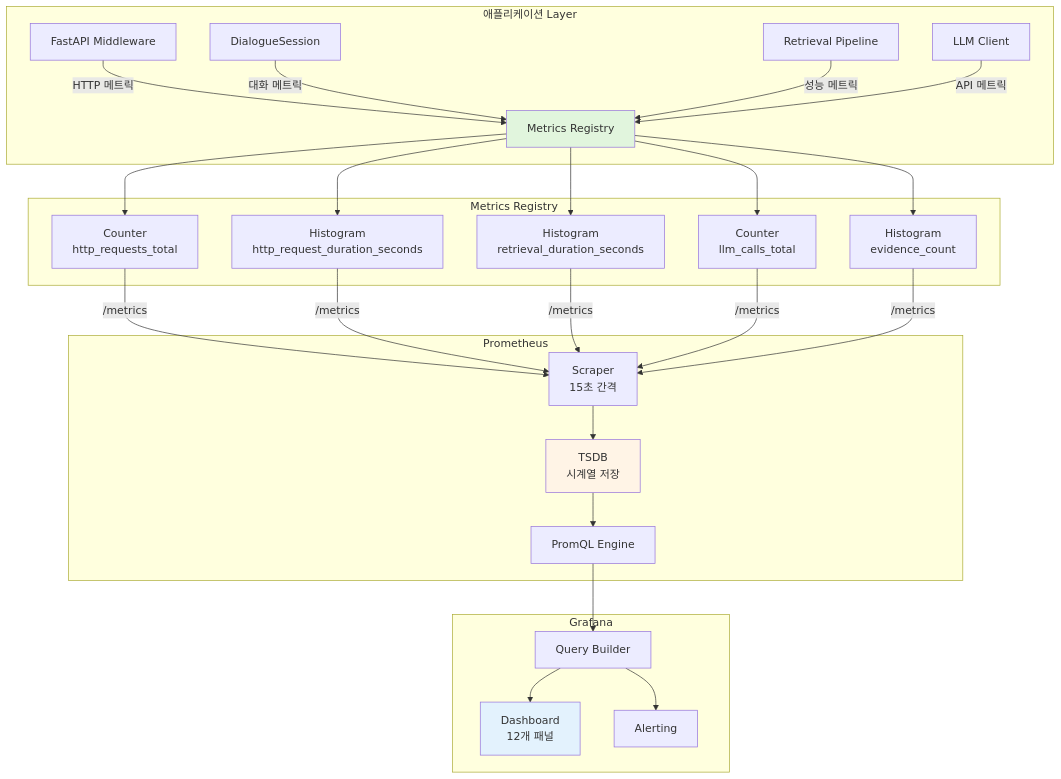
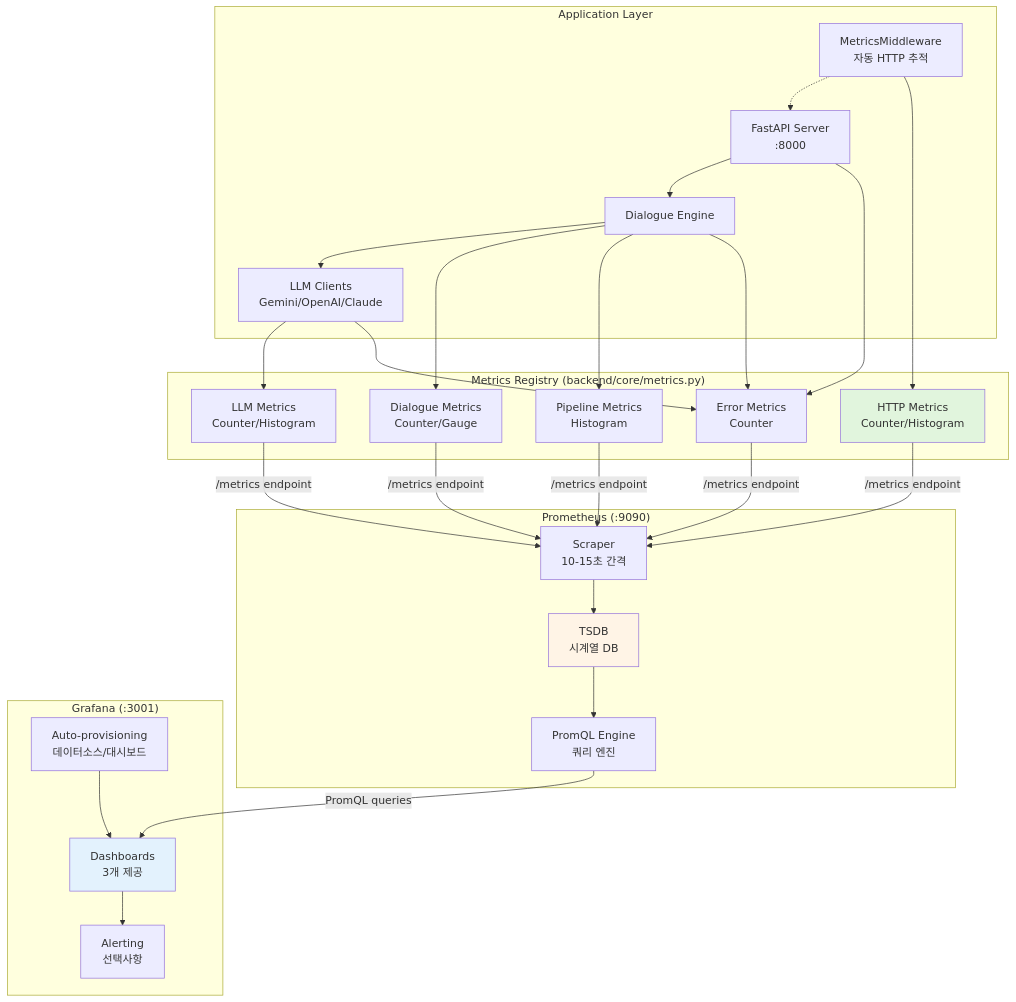
One commit to review-sensor-team/reviewlens changed diagram 11 of 14 in docs/architecture.md. Above: the diagram before and after it, drawn with Mermaid. The commit also changed other lines of this file and 2 other files, not shown here.

````diff
--- a/docs/architecture.md
+++ b/docs/architecture.md
@@ -597,40 +610,51 @@
 ```mermaid
 graph TB
-    subgraph "애플리케이션 Layer"
-        A1[FastAPI Middleware] -->|HTTP 메트릭| M1[Metrics Registry]
-        A2[DialogueSession] -->|대화 메트릭| M1
-        A3[Retrieval Pipeline] -->|성능 메트릭| M1
-        A4[LLM Client] -->|API 메트릭| M1
+    subgraph "Application Layer"
+        A1[FastAPI Server<br/>:8000]
+        A2[MetricsMiddleware<br/>자동 HTTP 추적]
+        A3[Dialogue Engine]
+        A4[LLM Clients<br/>Gemini/OpenAI/Claude]
+        
+        A2 -.-> A1
+        A1 --> A3
+        A3 --> A4
     end
     
-    subgraph "Metrics Registry"
-        M1 --> M2[Counter<br/>http_requests_total]
-        M1 --> M3[Histogram<br/>http_request_duration_seconds]
-        M1 --> M4[Histogram<br/>retrieval_duration_seconds]
-        M1 --> M5[Counter<br/>llm_calls_total]
-        M1 --> M6[Histogram<br/>evidence_count]
+    subgraph "Metrics Registry (backend/core/metrics.py)"
+        M1[HTTP Metrics<br/>Counter/Histogram]
+        M2[Dialogue Metrics<br/>Counter/Gauge]
+        M3[LLM Metrics<br/>Counter/Histogram]
+        M4[Pipeline Metrics<br/>Histogram]
+        M5[Error Metrics<br/>Counter]
+        
+        A2 --> M1
+        A3 --> M2
+        A4 --> M3
+        A3 --> M4
+        A1 & A3 & A4 --> M5
     end
     
-    subgraph "Prometheus"
-        P1[Scraper<br/>15초 간격]
-        P2[TSDB<br/>시계열 저장]
-        P3[PromQL Engine]
+    subgraph "Prometheus (:9090)"
+        P1[Scraper<br/>10-15초 간격]
+        P2[TSDB<br/>시계열 DB]
+        P3[PromQL Engine<br/>쿼리 엔진]
+        
+        M1 & M2 & M3 & M4 & M5 -->|/metrics endpoint| P1
+        P1 --> P2
+        P2 --> P3
     end
     
-    subgraph "Grafana"
-        G1[Dashboard<br/>12개 패널]
-        G2[Query Builder]
-        G3[Alerting]
+    subgraph "Grafana (:3001)"
+        G1[Dashboards<br/>3개 제공]
+        G2[Auto-provisioning<br/>데이터소스/대시보드]
+        G3[Alerting<br/>선택사항]
+        
+        P3 -->|PromQL queries| G1
+        G2 --> G1
+        G1 --> G3
     end
-    
-    M2 & M3 & M4 & M5 & M6 -->|/metrics| P1
-    P1 --> P2
-    P2 --> P3
-    P3 --> G2
-    G2 --> G1
-    G2 --> G3
     
     style M1 fill:#e1f5dd
     style P2 fill:#fff4e6
     style G1 fill:#e3f2fd
 ```
````
